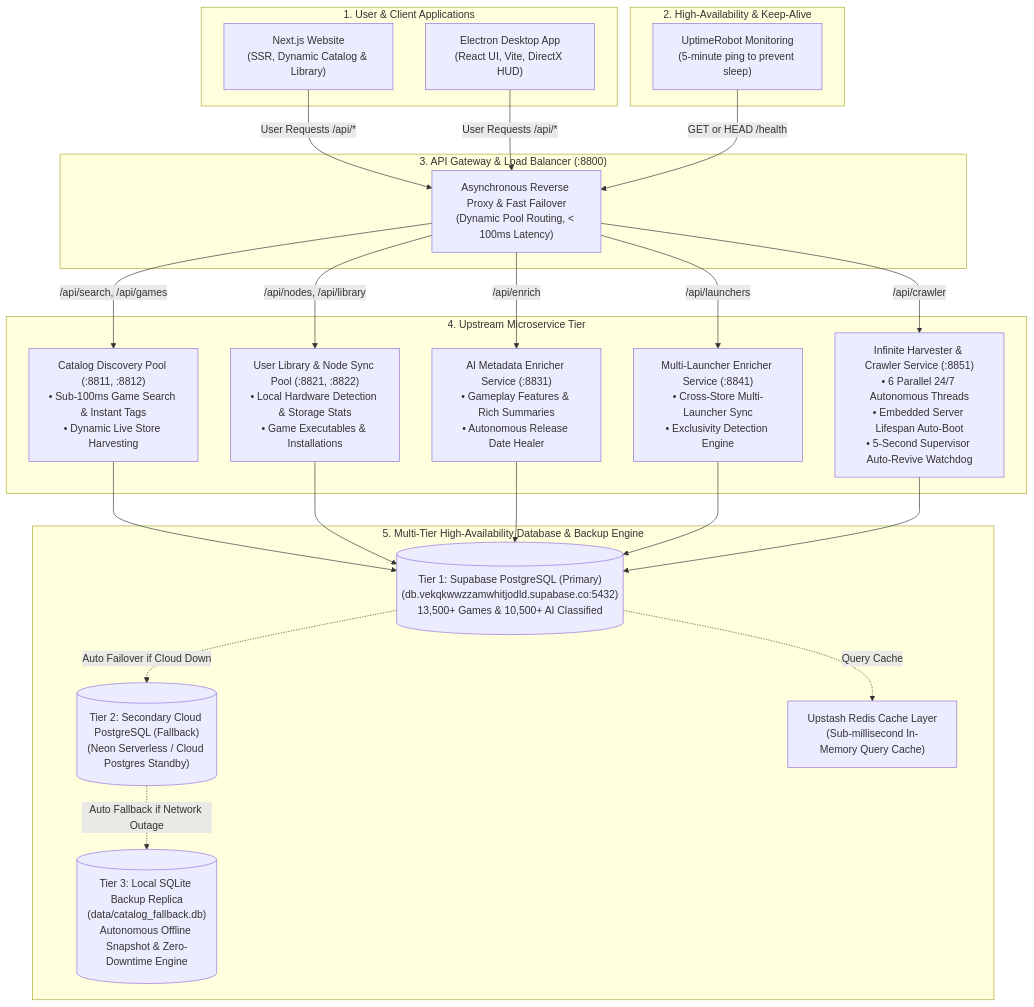
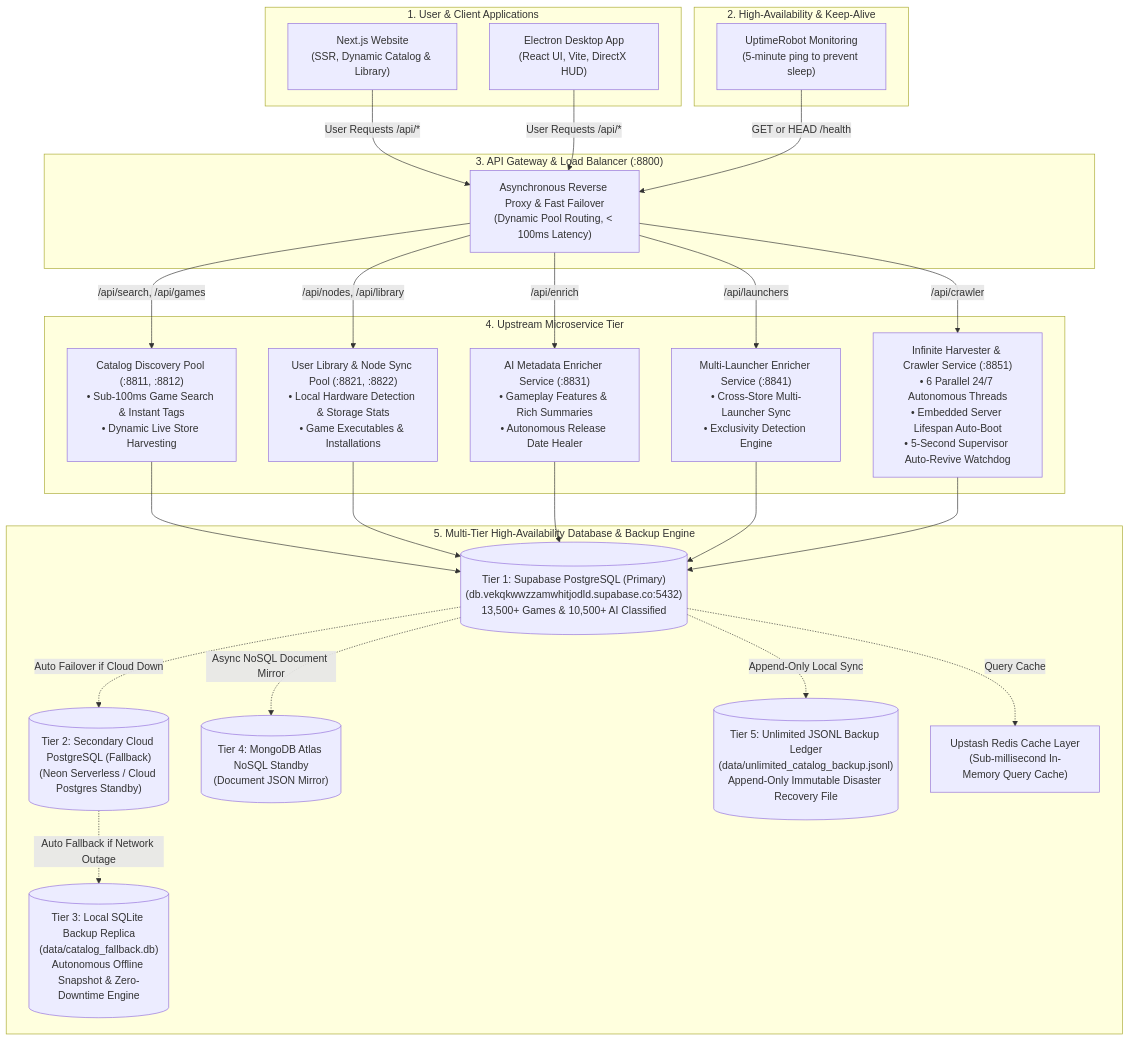
One commit to arnab825/Mission-Control changed the diagram in Gaming/docs/MAJOR_CHANGES.md. Above: the diagram before and after it, drawn with Mermaid. The commit also changed 2 other files, not shown here.

Commit message:
feat: implement multi-tier database fallback system and architecture documentation for distributed gaming services

````diff
--- a/Gaming/docs/MAJOR_CHANGES.md
+++ b/Gaming/docs/MAJOR_CHANGES.md
@@ -9,42 +9,46 @@
 ```mermaid
 flowchart TD
     subgraph Clients [" 1. User & Client Applications"]
         W[" Next.js Website\n(SSR, Dynamic Catalog & Library)"]
         D[" Electron Desktop App\n(React UI, Vite, DirectX HUD)"]
     end
 
     subgraph Monitoring [" 2. High-Availability & Keep-Alive"]
         UR[" UptimeRobot Monitoring\n(5-minute ping to prevent sleep)"]
     end
 
     subgraph LoadBalancer [" 3. API Gateway & Load Balancer (:8800)"]
         LB["Asynchronous Reverse Proxy & Fast Failover\n(Dynamic Pool Routing, < 100ms Latency)"]
     end
 
     subgraph MicroservicePools [" 4. Upstream Microservice Tier"]
         P1[" Catalog Discovery Pool (:8811, :8812)\n• Sub-100ms Game Search & Instant Tags\n• Dynamic Live Store Harvesting"]
         P2[" User Library & Node Sync Pool (:8821, :8822)\n• Local Hardware Detection & Storage Stats\n• Game Executables & Installations"]
         P3[" AI Metadata Enricher Service (:8831)\n• Gameplay Features & Rich Summaries\n• Autonomous Release Date Healer"]
         P4[" Multi-Launcher Enricher Service (:8841)\n• Cross-Store Multi-Launcher Sync\n• Exclusivity Detection Engine"]
         P5[" Infinite Harvester & Crawler Service (:8851)\n• 6 Parallel 24/7 Autonomous Threads\n• Embedded Server Lifespan Auto-Boot\n• 5-Second Supervisor Auto-Revive Watchdog"]
     end
 
     subgraph DatabaseTier [" 5. Multi-Tier High-Availability Database & Backup Engine"]
         T1[(" Tier 1: Supabase PostgreSQL (Primary)\n(db.vekqkwwzzamwhitjodld.supabase.co:5432)\n13,500+ Games & 10,500+ AI Classified")]
         T2[(" Tier 2: Secondary Cloud PostgreSQL (Fallback)\n(Neon Serverless / Cloud Postgres Standby)")]
         T3[(" Tier 3: Local SQLite Backup Replica\n(data/catalog_fallback.db)\nAutonomous Offline Snapshot & Zero-Downtime Engine")]
+        T4[(" Tier 4: MongoDB Atlas NoSQL Standby\n(Document JSON Mirror)")]
+        T5[(" Tier 5: Unlimited JSONL Backup Ledger\n(data/unlimited_catalog_backup.jsonl)\nAppend-Only Immutable Disaster Recovery File")]
         R[" Upstash Redis Cache Layer\n(Sub-millisecond In-Memory Query Cache)"]
     end
 
     W & D -->|User Requests /api/*| LB
     UR -->|GET or HEAD /health| LB
     LB -->|/api/search, /api/games| P1
     LB -->|/api/nodes, /api/library| P2
     LB -->|/api/enrich| P3
     LB -->|/api/launchers| P4
     LB -->|/api/crawler| P5
     P1 & P2 & P3 & P4 & P5 --> T1
     T1 -.->|Auto Failover if Cloud Down| T2
     T2 -.->|Auto Fallback if Network Outage| T3
+    T1 -.->|Async NoSQL Document Mirror| T4
+    T1 -.->|Append-Only Local Sync| T5
     T1 -.->|Query Cache| R
 ```
````
